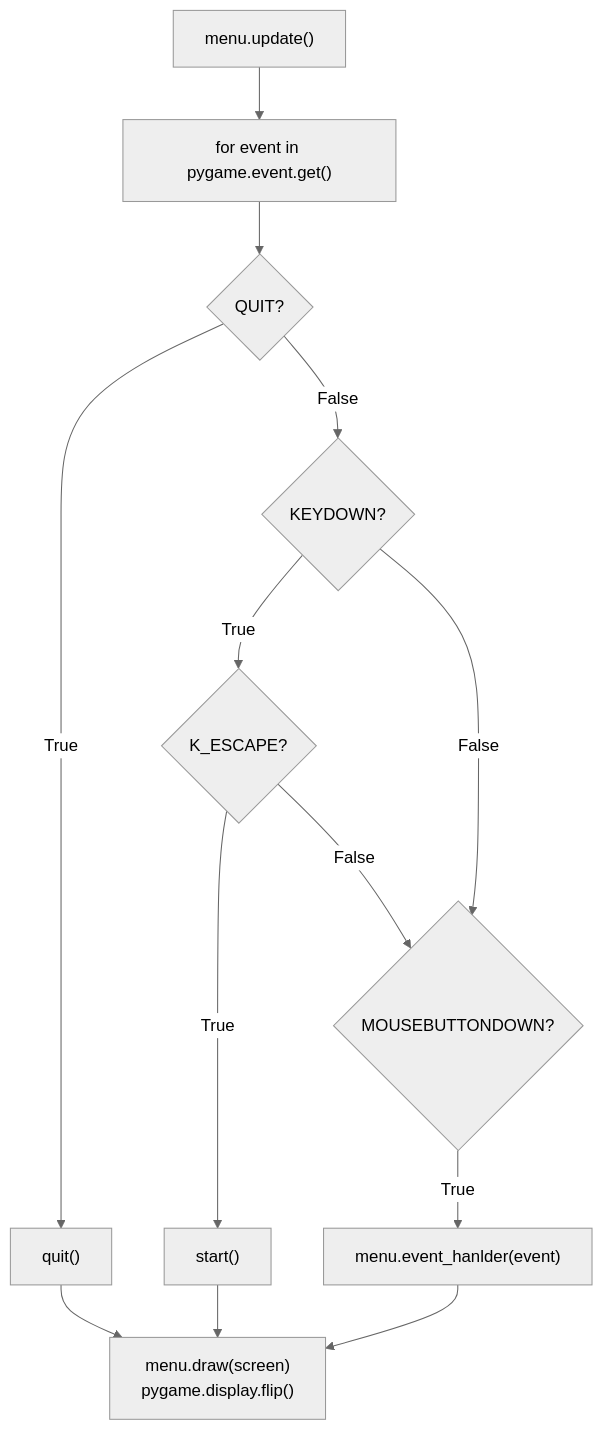
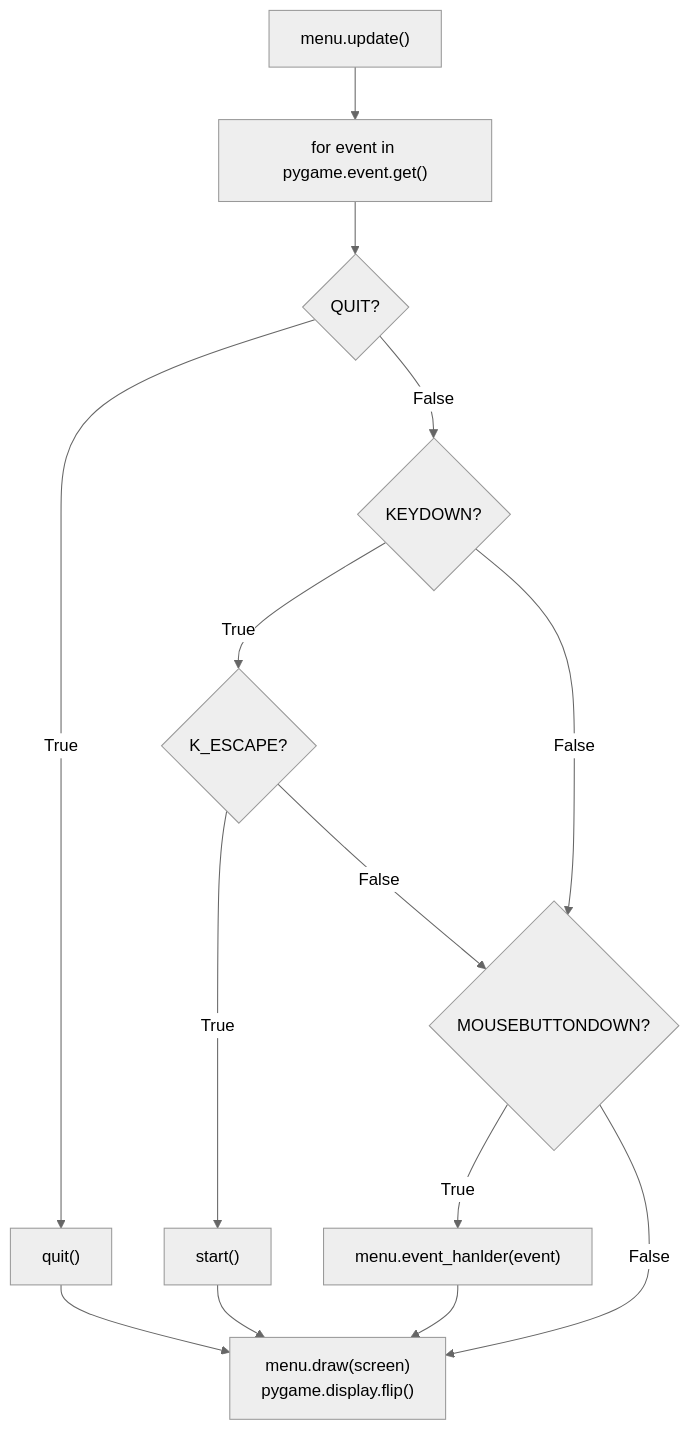
One commit to Askemanden/dasSpiel changed the third of 16 diagrams in README.md. Above: the diagram before and after it, drawn with Mermaid (neutral theme).

Commit message:
opdatering

````diff
--- a/README.md
+++ b/README.md
@@ -332,28 +332,29 @@
 ```mermaid
 flowchart TD
     A["menu.update()"]
     B["for event in pygame.event.get()"]
     C{"QUIT?"}
     D["quit()"]
     E{"KEYDOWN?"}
     F{"K_ESCAPE?"}
     G["start()"]
     H{"MOUSEBUTTONDOWN?"}
     I["menu.event_hanlder(event)"]
     J["menu.draw(screen)
     pygame.display.flip()"]
 
     A --> B
     B --> C
     C -- True --> D
     D --> J
     C -- False --> E
     E -- True --> F
     F -- True --> G
     G --> J
     E -- False --> H
     F -- False --> H
     H -- True --> I
+    H -- False --> J
     I --> J
 
 ```
````
